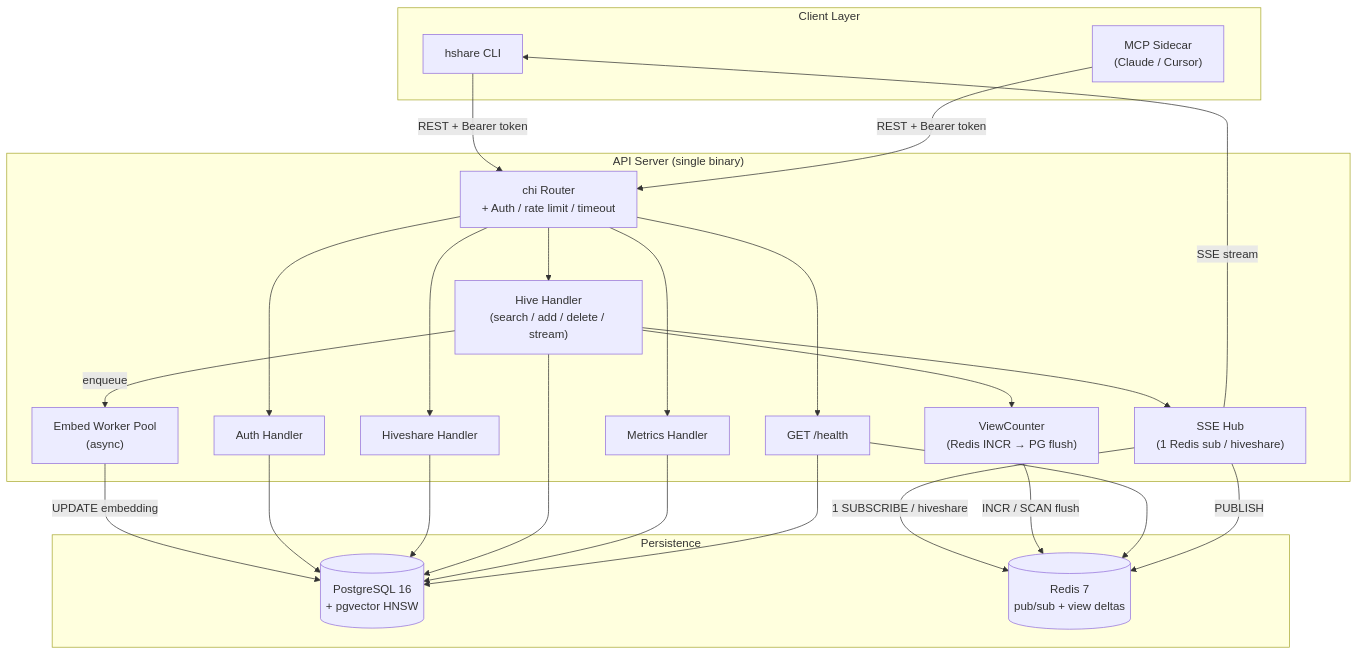
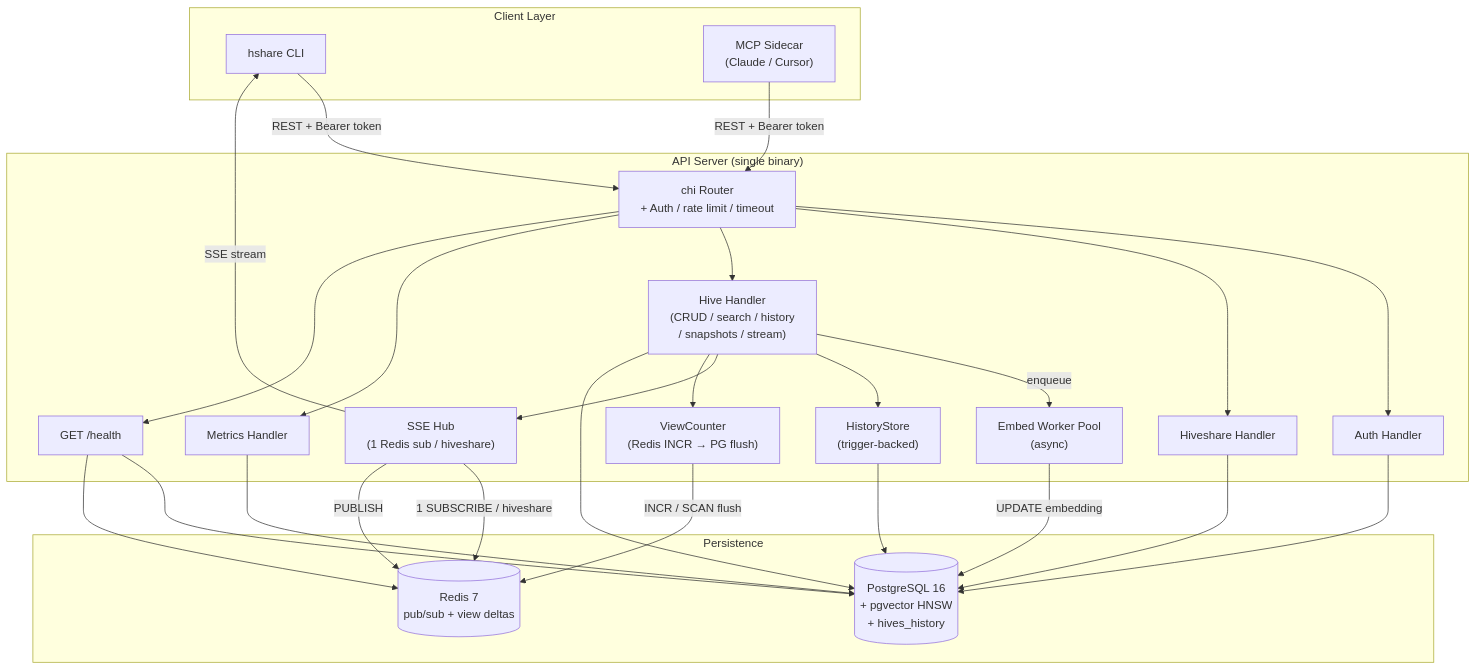
The first of 8 diagrams in docs/ARCHITECTURE.md (KB-perByte/hiveshare), drawn with Mermaid before and after one commit. The commit also changed other lines of this file and 11 other files, not shown here.

````diff
--- a/docs/ARCHITECTURE.md
+++ b/docs/ARCHITECTURE.md
@@ -9,46 +9,49 @@
 ```mermaid
 graph TB
     subgraph Clients["Client Layer"]
         CLI["hshare CLI"]
         MCP["MCP Sidecar\n(Claude / Cursor)"]
     end
 
     subgraph Server["API Server (single binary)"]
         Router["chi Router\n+ Auth / rate limit / timeout"]
         AuthH["Auth Handler"]
         HSH["Hiveshare Handler"]
-        MemH["Hive Handler\n(search / add / delete / stream)"]
+        MemH["Hive Handler\n(CRUD / search / history\n/ snapshots / stream)"]
         MetH["Metrics Handler"]
         Health["GET /health"]
         EmbedW["Embed Worker Pool\n(async)"]
+        Hist["HistoryStore\n(trigger-backed)"]
         Hub["SSE Hub\n(1 Redis sub / hiveshare)"]
         Views["ViewCounter\n(Redis INCR → PG flush)"]
     end
 
     subgraph Storage["Persistence"]
-        PG[("PostgreSQL 16\n+ pgvector HNSW")]
+        PG[("PostgreSQL 16\n+ pgvector HNSW\n+ hives_history")]
         Redis[("Redis 7\npub/sub + view deltas")]
     end
 
     CLI -->|REST + Bearer token| Router
     MCP -->|REST + Bearer token| Router
     Router --> AuthH
     Router --> HSH
     Router --> MemH
     Router --> MetH
     Router --> Health
     MemH -->|enqueue| EmbedW
     EmbedW -->|UPDATE embedding| PG
+    MemH --> Hist
+    Hist --> PG
     MemH --> Hub
     MemH --> Views
     Hub -->|1 SUBSCRIBE / hiveshare| Redis
     Hub -->|SSE stream| CLI
     Views -->|INCR / SCAN flush| Redis
     AuthH --> PG
     HSH --> PG
     MemH --> PG
     MetH --> PG
     Health --> PG
     Health --> Redis
     Hub -->|PUBLISH| Redis
 ```
````
